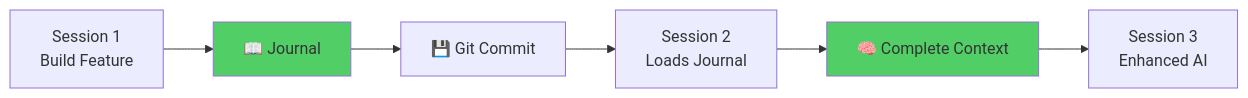
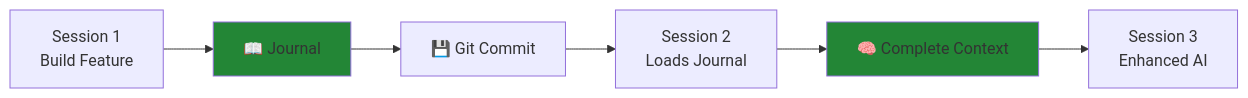
Before and after one commit to hassanvfx/clineflow: the sixth of 7 diagrams in README.md, drawn with Mermaid. The commit also changed other lines of this file, not shown here.

First line of the commit message:
fix: improve Mermaid diagram colors for better readability

````diff
--- a/README.md
+++ b/README.md
@@ -259,10 +259,10 @@
 ```mermaid
 graph LR
     A[Session 1<br/>Build Feature] --> B[📖 Journal]
     B --> C[💾 Git Commit]
     C --> D[Session 2<br/>Loads Journal]
     D --> E[🧠 Complete Context]
     E --> F[Session 3<br/>Enhanced AI]
-    style B fill:#51cf66
-    style E fill:#51cf66
+    style B fill:#238636
+    style E fill:#238636
 ```
````
